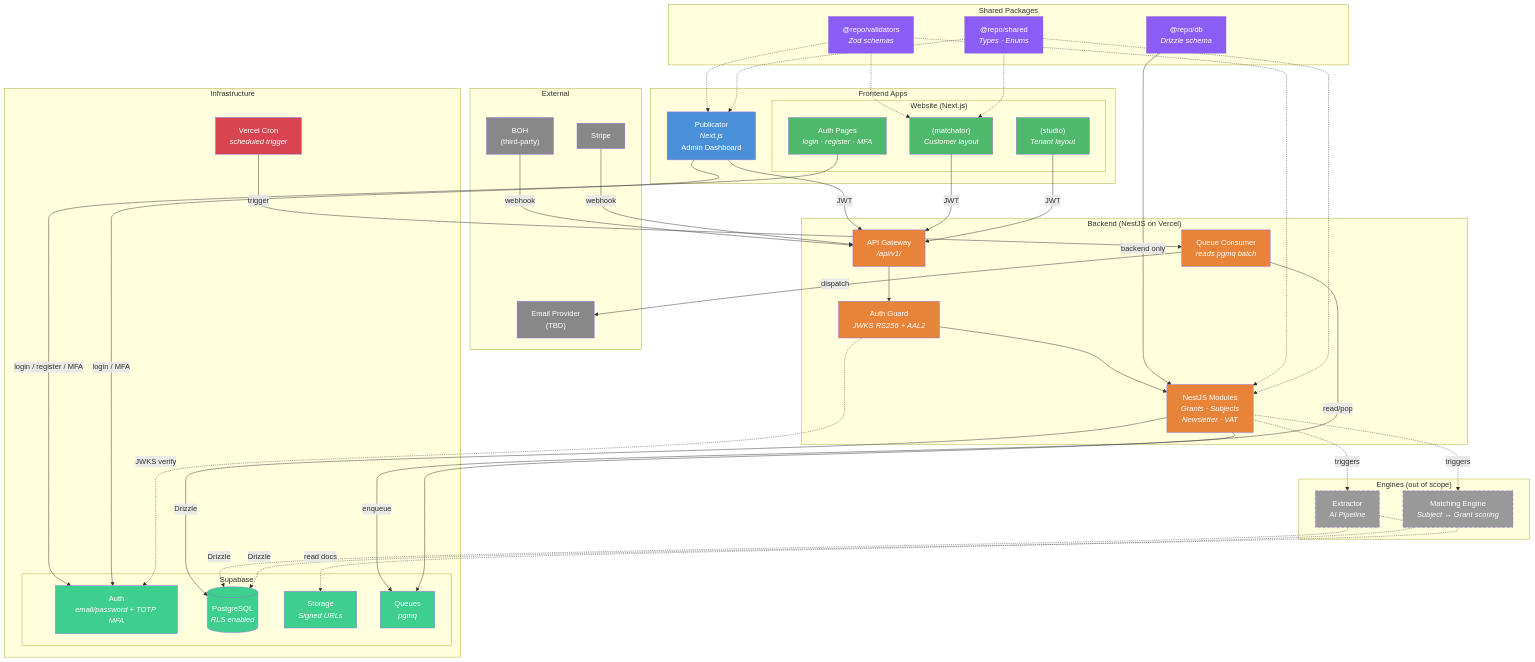
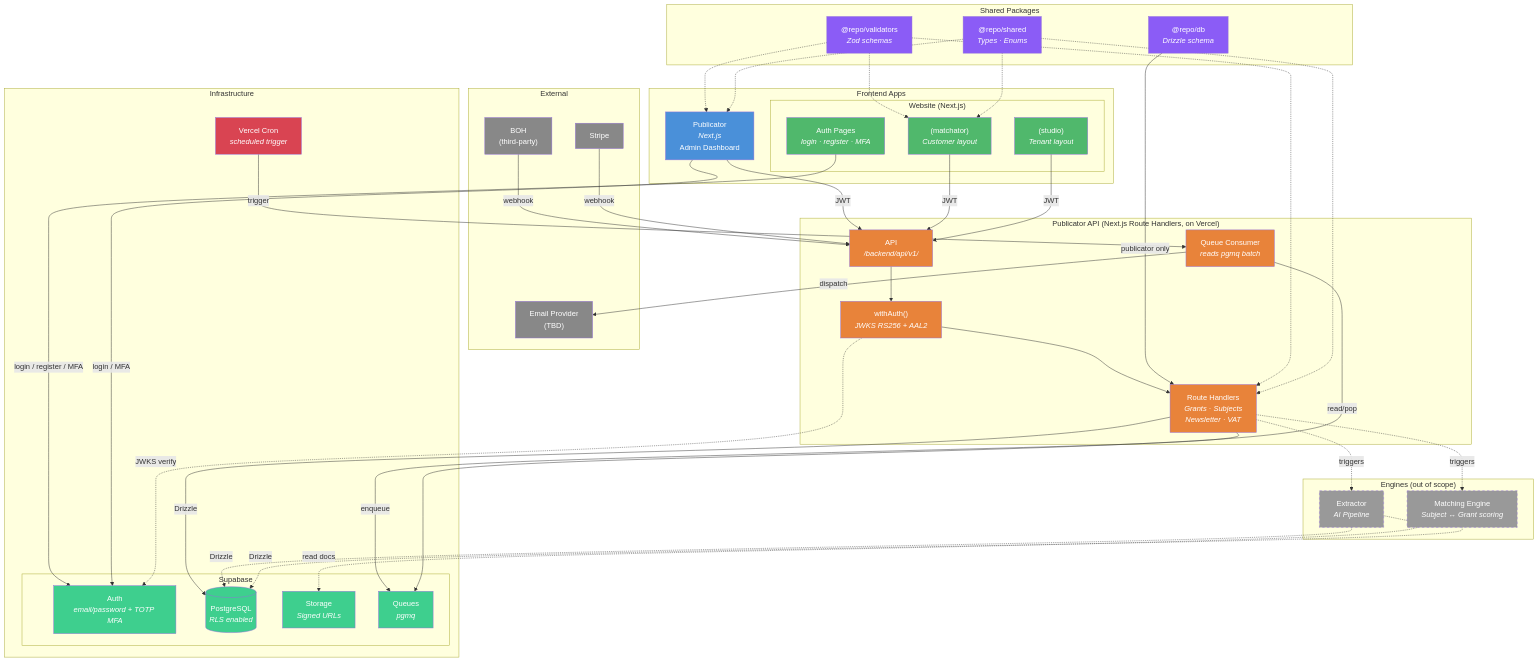
Before and after one commit to tonmoydeb404/next-backend: the diagram in docs/system-diagram.md, drawn with Mermaid. The commit also changed other lines of this file and 78 other files, not shown here.

```diff
--- a/docs/system-diagram.md
+++ b/docs/system-diagram.md
@@ -17,10 +17,10 @@
         end
     end
 
-    subgraph "Backend (NestJS on Vercel)"
-        API["API Gateway<br/><i>/api/v1/</i>"]
-        AuthGuard["Auth Guard<br/><i>JWKS RS256 + AAL2</i>"]
-        Modules["NestJS Modules<br/><i>Grants · Subjects<br/>Newsletter · VAT</i>"]
+    subgraph "Publicator API (Next.js Route Handlers, on Vercel)"
+        API["API<br/><i>/backend/api/v1/</i>"]
+        AuthGuard["withAuth()<br/><i>JWKS RS256 + AAL2</i>"]
+        Modules["Route Handlers<br/><i>Grants · Subjects<br/>Newsletter · VAT</i>"]
         Queue["Queue Consumer<br/><i>reads pgmq batch</i>"]
     end
 
@@ -49,7 +49,7 @@
     WebAuth -->|"login / register / MFA"| SupaAuth
     Publicator -->|"login / MFA"| SupaAuth
 
-    %% Data: frontends send JWT to Backend
+    %% Data: frontends send JWT to Publicator API
     Publicator -->|"JWT"| API
     Matchator -->|"JWT"| API
     Studio -->|"JWT"| API
@@ -58,7 +58,7 @@
     BOH -->|"webhook"| API
     Stripe -->|"webhook"| API
 
-    %% Backend internals
+    %% Publicator API internals
     API --> AuthGuard
     AuthGuard -.->|"JWKS verify"| SupaAuth
     AuthGuard --> Modules
@@ -67,18 +67,18 @@
     Queue -->|"read/pop"| SupaQueue
     Queue -->|"dispatch"| EmailProvider
 
-    %% Backend → Engines (future)
+    %% Publicator API → Engines (future)
     Modules -.->|"triggers"| Extractor
     Modules -.->|"triggers"| Matching
 
-    %% Backend → Supabase
+    %% Publicator API → Supabase
     Modules -->|"Drizzle"| SupaDB
     Extractor -.->|"Drizzle"| SupaDB
     Extractor -.->|"read docs"| SupaStorage
     Matching -.->|"Drizzle"| SupaDB
 
     %% Package dependencies
-    PkgDB -->|"backend only"| Modules
+    PkgDB -->|"publicator only"| Modules
     PkgValidators -.-> Publicator
     PkgValidators -.-> Matchator
     PkgValidators -.-> Modules
```
